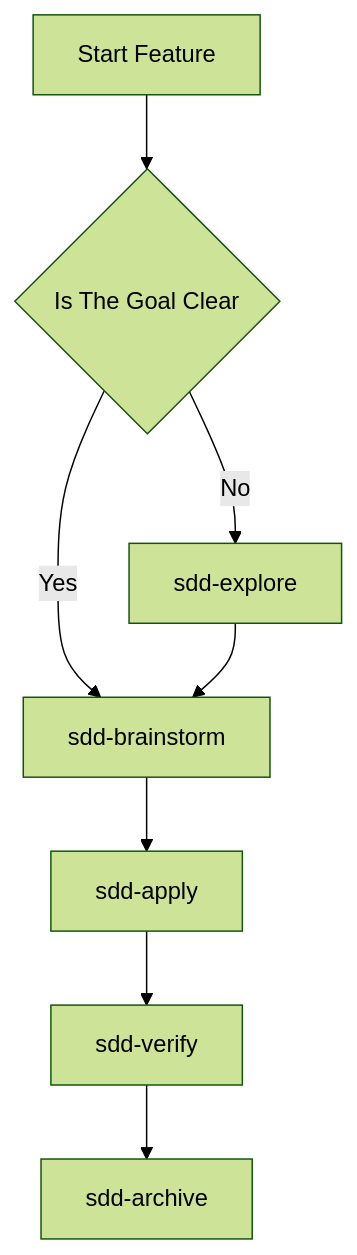
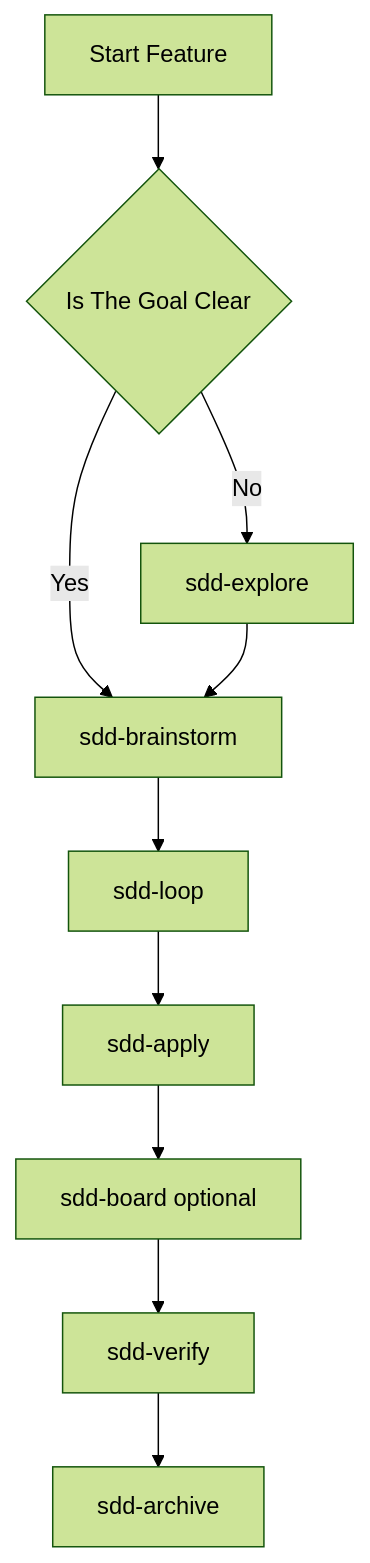
The first of 3 diagrams in docs/02-workflow-usage.md (devopstales/aiskillgrid), drawn with Mermaid (forest theme) before and after one commit. The commit also changed other lines of this file and 9 other files, not shown here.

````diff
--- a/docs/02-workflow-usage.md
+++ b/docs/02-workflow-usage.md
@@ -32,10 +32,12 @@
 ```mermaid
 flowchart TD
   Start[Start Feature] --> Clear{Is The Goal Clear}
   Clear -->|No| Explore[sdd-explore]
   Clear -->|Yes| Brainstorm[sdd-brainstorm]
   Explore --> Brainstorm
-  Brainstorm --> Apply[sdd-apply]
-  Apply --> Verify[sdd-verify]
+  Brainstorm --> Loop[sdd-loop]
+  Loop --> Apply[sdd-apply]
+  Apply --> Board[sdd-board optional]
+  Board --> Verify[sdd-verify]
   Verify --> Archive[sdd-archive]
 ```
````
